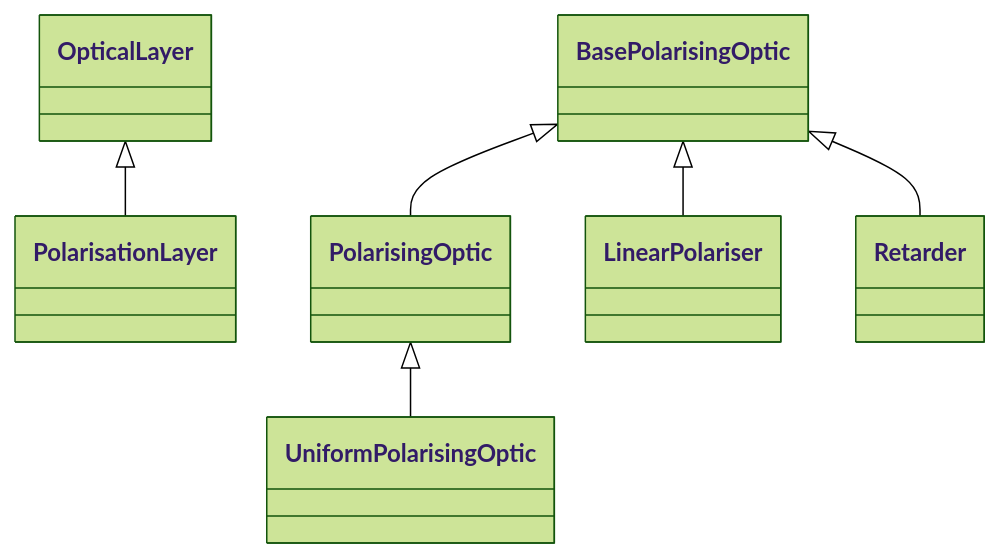
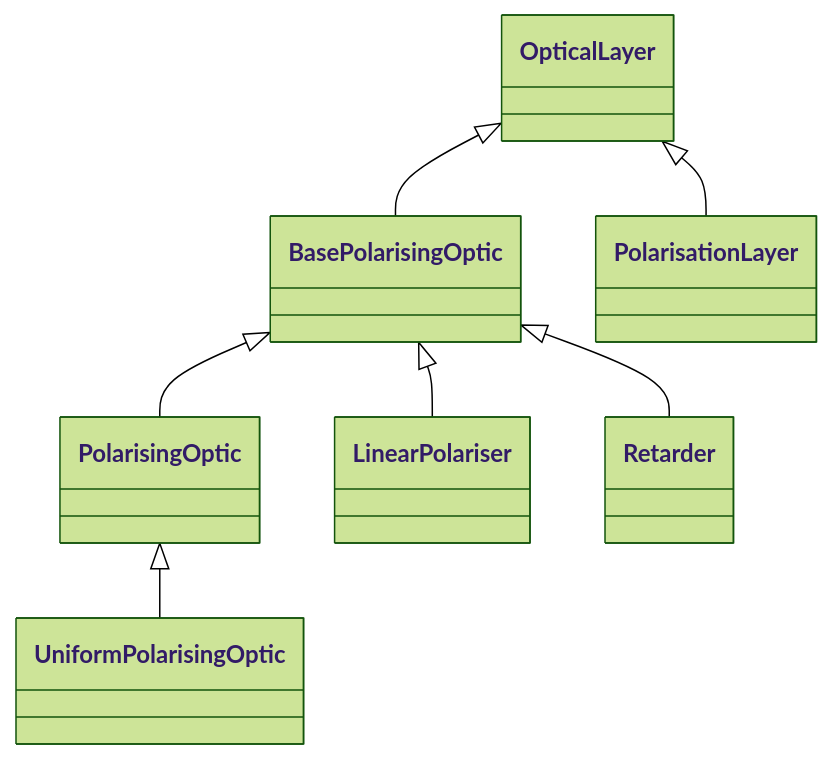
The diagram in docs/API/layers/polarised.md (LouisDesdoigts/dLux), drawn with Mermaid (forest theme) before and after one commit. The commit also changed other lines of this file and 16 other files, not shown here.

````diff
--- a/docs/API/layers/polarised.md
+++ b/docs/API/layers/polarised.md
@@ -7,20 +7,22 @@
 ```mermaid
 classDiagram
+    class dLux_layers_polarised_BasePolarisingOptic["BasePolarisingOptic"]
     class dLux_layers_polarised_PolarisationLayer["PolarisationLayer"]
     class dLux_layers_polarised_PolarisingOptic["PolarisingOptic"]
     class dLux_layers_polarised_UniformPolarisingOptic["UniformPolarisingOptic"]
     class dLux_layers_polarised_LinearPolariser["LinearPolariser"]
     class dLux_layers_polarised_Retarder["Retarder"]
     class dLux_layers_optical_OpticalLayer["OpticalLayer"]
-    class dLux_layers_polarised_BasePolarisingOptic["BasePolarisingOptic"]
+    dLux_layers_optical_OpticalLayer <|-- dLux_layers_polarised_BasePolarisingOptic
+    click dLux_layers_polarised_BasePolarisingOptic href "#dLux.layers.polarised.BasePolarisingOptic" "Methods: apply_mono()"
     dLux_layers_optical_OpticalLayer <|-- dLux_layers_polarised_PolarisationLayer
     click dLux_layers_polarised_PolarisationLayer href "#dLux.layers.polarised.PolarisationLayer" "Attributes: polarisation · Methods: apply_mono()"
     dLux_layers_polarised_BasePolarisingOptic <|-- dLux_layers_polarised_PolarisingOptic
     click dLux_layers_polarised_PolarisingOptic href "#dLux.layers.polarised.PolarisingOptic" "Attributes: jones"
     dLux_layers_polarised_PolarisingOptic <|-- dLux_layers_polarised_UniformPolarisingOptic
     click dLux_layers_polarised_UniformPolarisingOptic href "#dLux.layers.polarised.UniformPolarisingOptic" "Attributes: jones, orientation · Methods: apply_mono()"
     dLux_layers_polarised_BasePolarisingOptic <|-- dLux_layers_polarised_LinearPolariser
     click dLux_layers_polarised_LinearPolariser href "#dLux.layers.polarised.LinearPolariser" "Attributes: angle · Properties: jones · Methods: apply_mono()"
     dLux_layers_polarised_BasePolarisingOptic <|-- dLux_layers_polarised_Retarder
     click dLux_layers_polarised_Retarder href "#dLux.layers.polarised.Retarder" "Attributes: retardance, angle · Properties: jones · Methods: apply_mono()"
 ```
````
